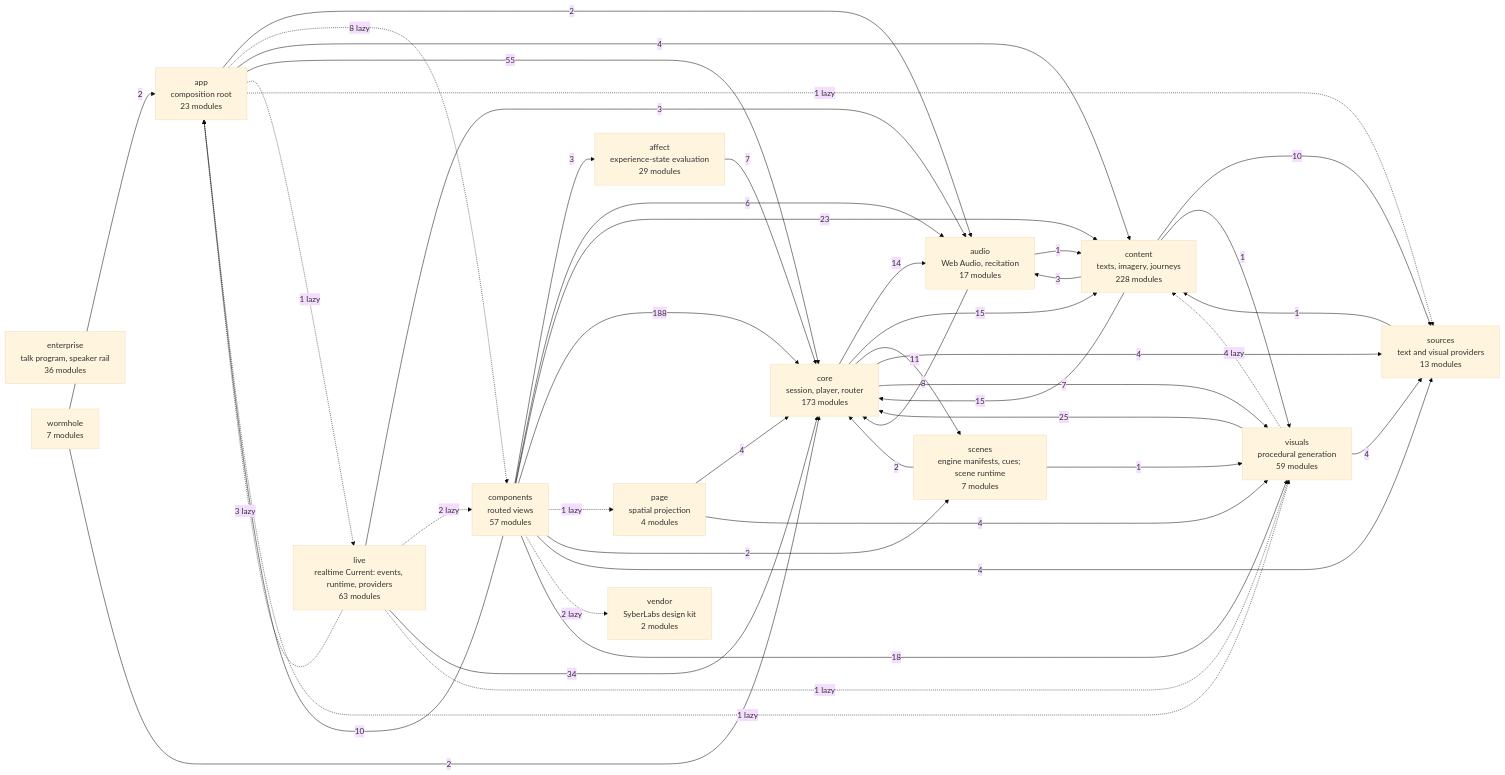
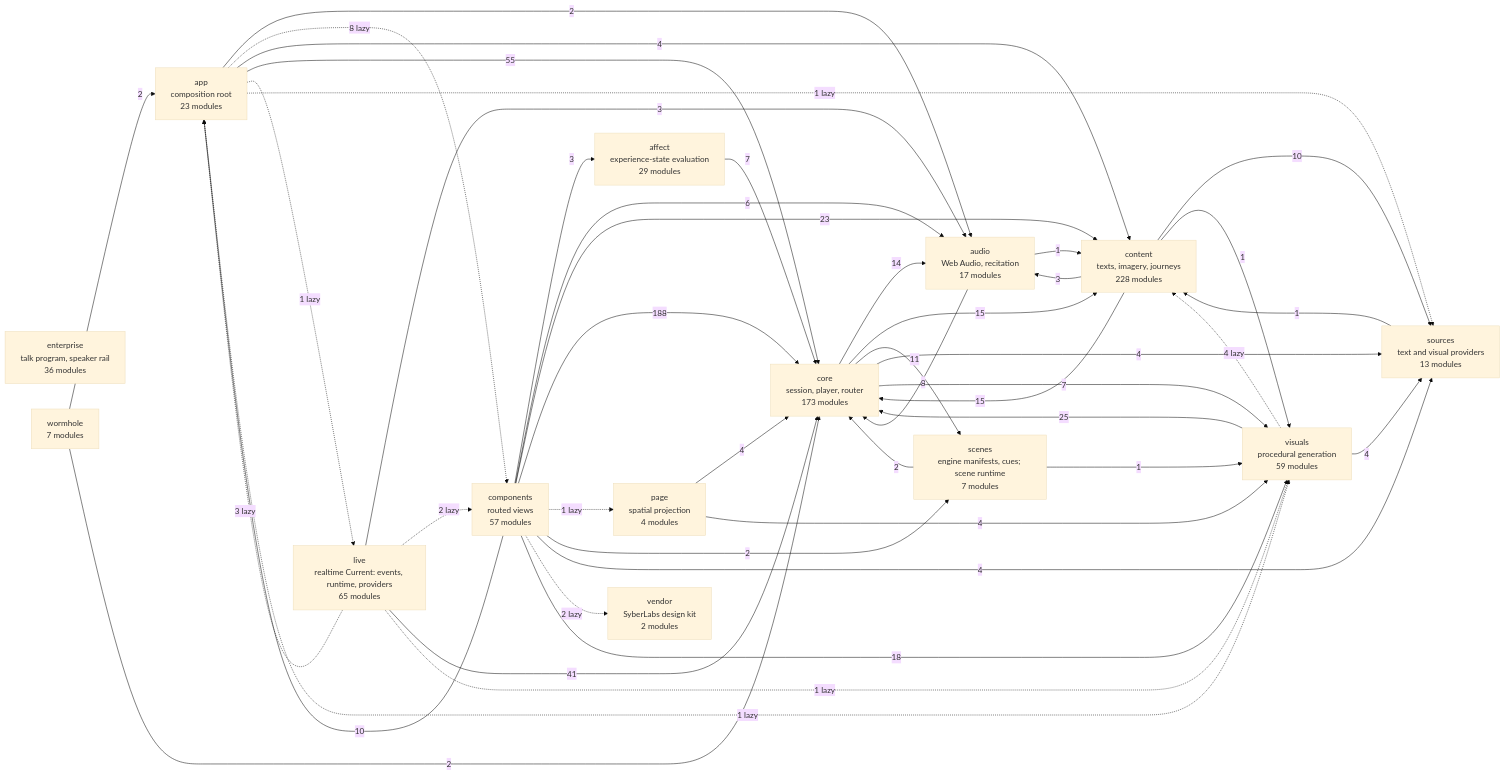
Before and after one commit to SyberLabs/RISE: the diagram in docs/specs/ARCHITECTURE.md, drawn with Mermaid (base theme). The commit also changed 37 other files, not shown here.

````diff
--- a/docs/specs/ARCHITECTURE.md
+++ b/docs/specs/ARCHITECTURE.md
@@ -161,62 +161,62 @@
 ```mermaid
 flowchart LR
     affect["affect<br/>experience-state evaluation<br/>29 modules"]
     app["app<br/>composition root<br/>23 modules"]
     audio["audio<br/>Web Audio, recitation<br/>17 modules"]
     components["components<br/>routed views<br/>57 modules"]
     content["content<br/>texts, imagery, journeys<br/>228 modules"]
     core["core<br/>session, player, router<br/>173 modules"]
     enterprise["enterprise<br/>talk program, speaker rail<br/>36 modules"]
-    live["live<br/>realtime Current: events, runtime, providers<br/>63 modules"]
+    live["live<br/>realtime Current: events, runtime, providers<br/>65 modules"]
     page["page<br/>spatial projection<br/>4 modules"]
     scenes["scenes<br/>engine manifests, cues; scene runtime<br/>7 modules"]
     sources["sources<br/>text and visual providers<br/>13 modules"]
     vendor["vendor<br/>SyberLabs design kit<br/>2 modules"]
     visuals["visuals<br/>procedural generation<br/>59 modules"]
     wormhole["wormhole<br/>7 modules"]
 
     affect --> |7| core
     app --> |2| audio
     app -.-> |8 lazy| components
     app --> |4| content
     app --> |55| core
     app -.-> |1 lazy| live
     app -.-> |1 lazy| sources
     app -.-> |1 lazy| visuals
     audio --> |1| content
     audio --> |8| core
     components --> |3| affect
     components --> |10| app
     components --> |6| audio
     components --> |23| content
     components --> |188| core
     components -.-> |1 lazy| page
     components --> |2| scenes
     components --> |4| sources
     components -.-> |2 lazy| vendor
     components --> |18| visuals
     content --> |3| audio
     content --> |15| core
     content --> |10| sources
     content --> |1| visuals
     core --> |14| audio
     core --> |15| content
     core --> |11| scenes
     core --> |4| sources
     core --> |7| visuals
     live -.-> |3 lazy| app
     live --> |3| audio
     live -.-> |2 lazy| components
-    live --> |34| core
+    live --> |41| core
     live -.-> |1 lazy| visuals
     page --> |4| core
     page --> |4| visuals
     scenes --> |2| core
     scenes --> |1| visuals
     sources --> |1| content
     visuals -.-> |4 lazy| content
     visuals --> |25| core
     visuals --> |4| sources
     wormhole --> |2| app
     wormhole --> |2| core
 ```
````
